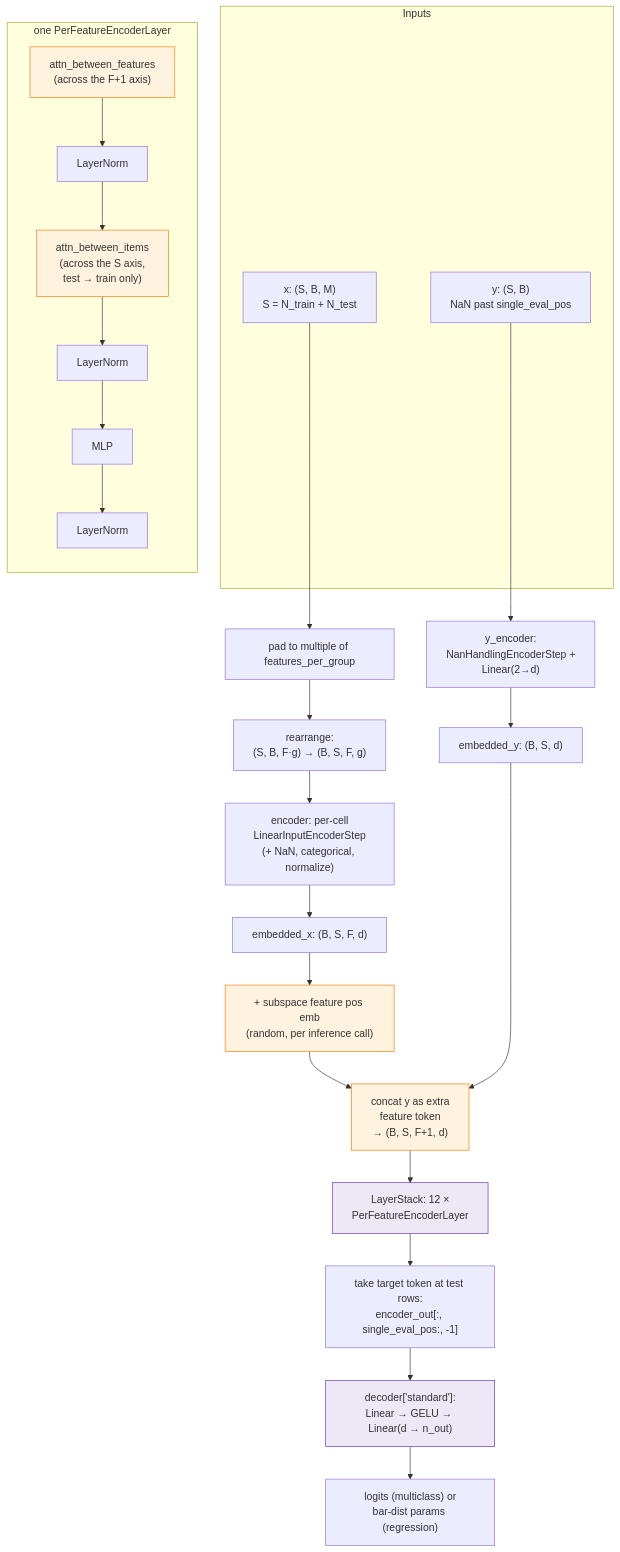
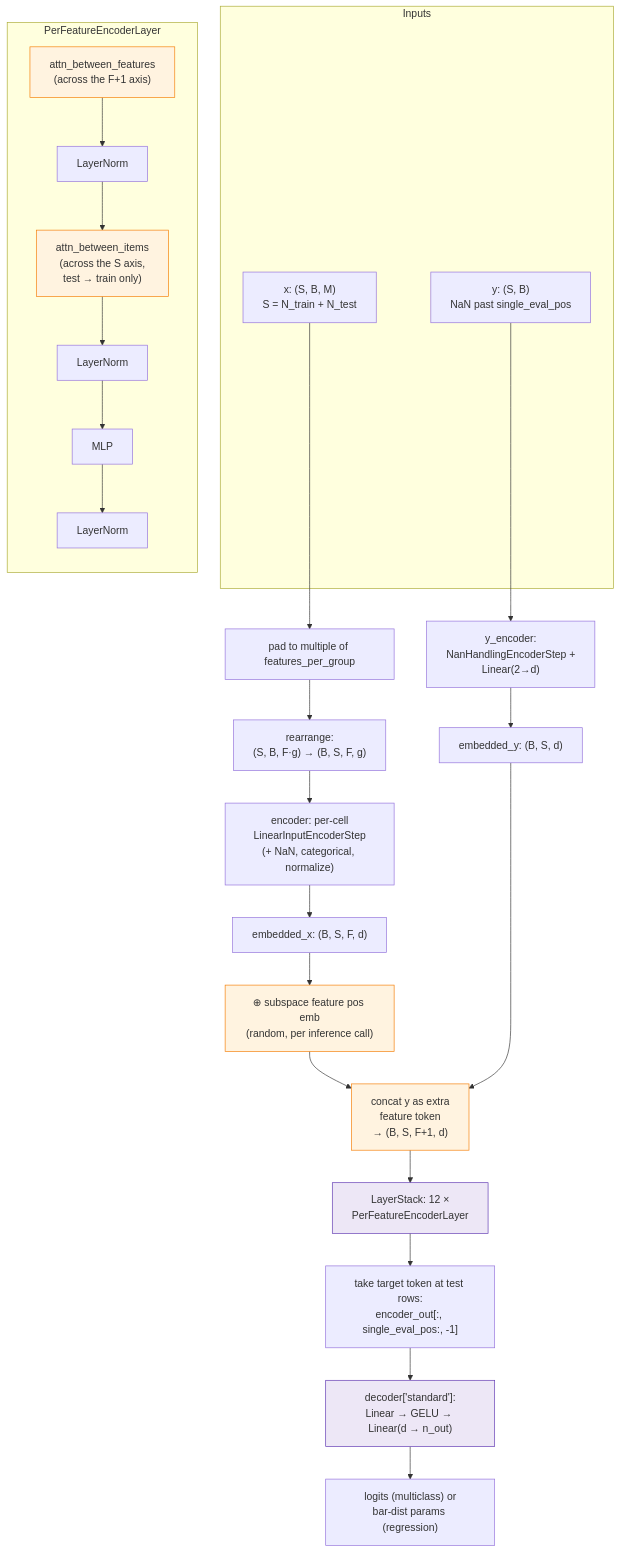
The diagram in wiki/pages/tabpfn-v2-code.md (xiaohan2012/ml-reading), drawn with Mermaid before and after one commit. The commit also changed other lines of this file, not shown here.

First line of the commit message:
wiki: link v2 fixes to v1's schema-shape limitations

````diff
--- a/wiki/pages/tabpfn-v2-code.md
+++ b/wiki/pages/tabpfn-v2-code.md
@@ -47,39 +70,39 @@
 ```mermaid
 flowchart TD
     subgraph Inputs
         X["x: (S, B, M)<br/>S = N_train + N_test"]
         Y["y: (S, B)<br/>NaN past single_eval_pos"]
     end
 
     X --> Pad["pad to multiple of features_per_group"]
     Pad --> Group["rearrange:<br/>(S, B, F·g) → (B, S, F, g)"]
     Group --> EncX["encoder: per-cell<br/>LinearInputEncoderStep<br/>(+ NaN, categorical, normalize)"]
     EncX --> Ex["embedded_x: (B, S, F, d)"]
 
     Y --> EncY["y_encoder:<br/>NanHandlingEncoderStep +<br/>Linear(2→d)"]
     EncY --> Ey["embedded_y: (B, S, d)"]
 
-    Ex --> AddPos["+ subspace feature pos emb<br/>(random, per inference call)"]
+    Ex --> AddPos["⊕ subspace feature pos emb<br/>(random, per inference call)"]
     AddPos --> Concat["concat y as extra<br/>feature token<br/>→ (B, S, F+1, d)"]
     Ey --> Concat
 
     Concat --> Stack["LayerStack: 12 ×<br/>PerFeatureEncoderLayer"]
 
-    subgraph Layer["one PerFeatureEncoderLayer"]
+    subgraph Layer["PerFeatureEncoderLayer"]
         direction TB
         F1["attn_between_features<br/>(across the F+1 axis)"] --> LN1["LayerNorm"]
         LN1 --> F2["attn_between_items<br/>(across the S axis,<br/>test → train only)"]
         F2 --> LN2["LayerNorm"]
         LN2 --> F3["MLP"]
         F3 --> LN3["LayerNorm"]
     end
 
     Stack --> Take["take target token at test rows:<br/>encoder_out[:, single_eval_pos:, -1]"]
     Take --> Dec["decoder['standard']:<br/>Linear → GELU → Linear(d → n_out)"]
     Dec --> Out["logits (multiclass) or<br/>bar-dist params (regression)"]
 
     classDef new fill:#fff3e0,stroke:#f57c00;
     classDef core fill:#ede7f6,stroke:#5e35b1;
     class AddPos,Concat,F1,F2 new;
     class Stack,Dec core;
 ```
````
